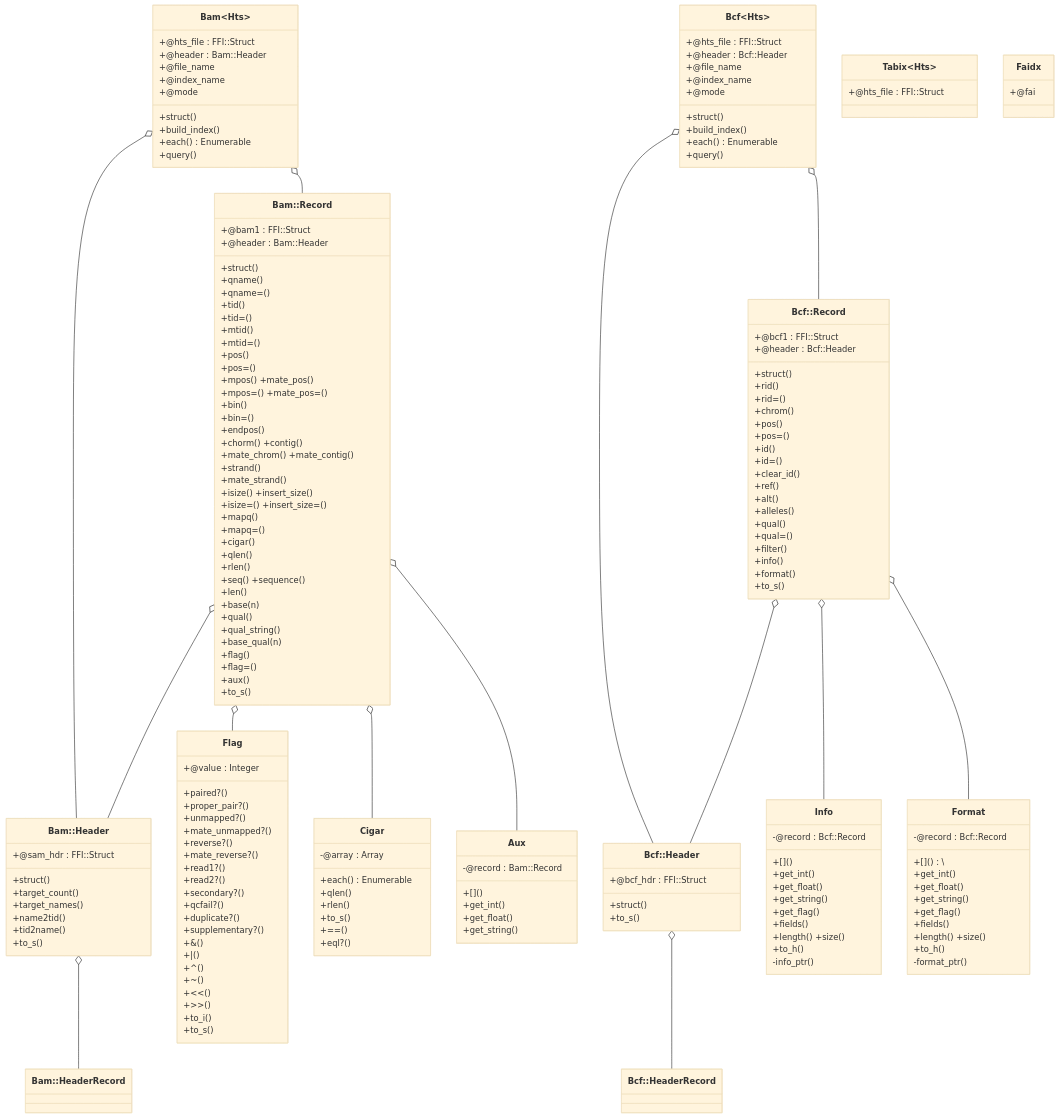
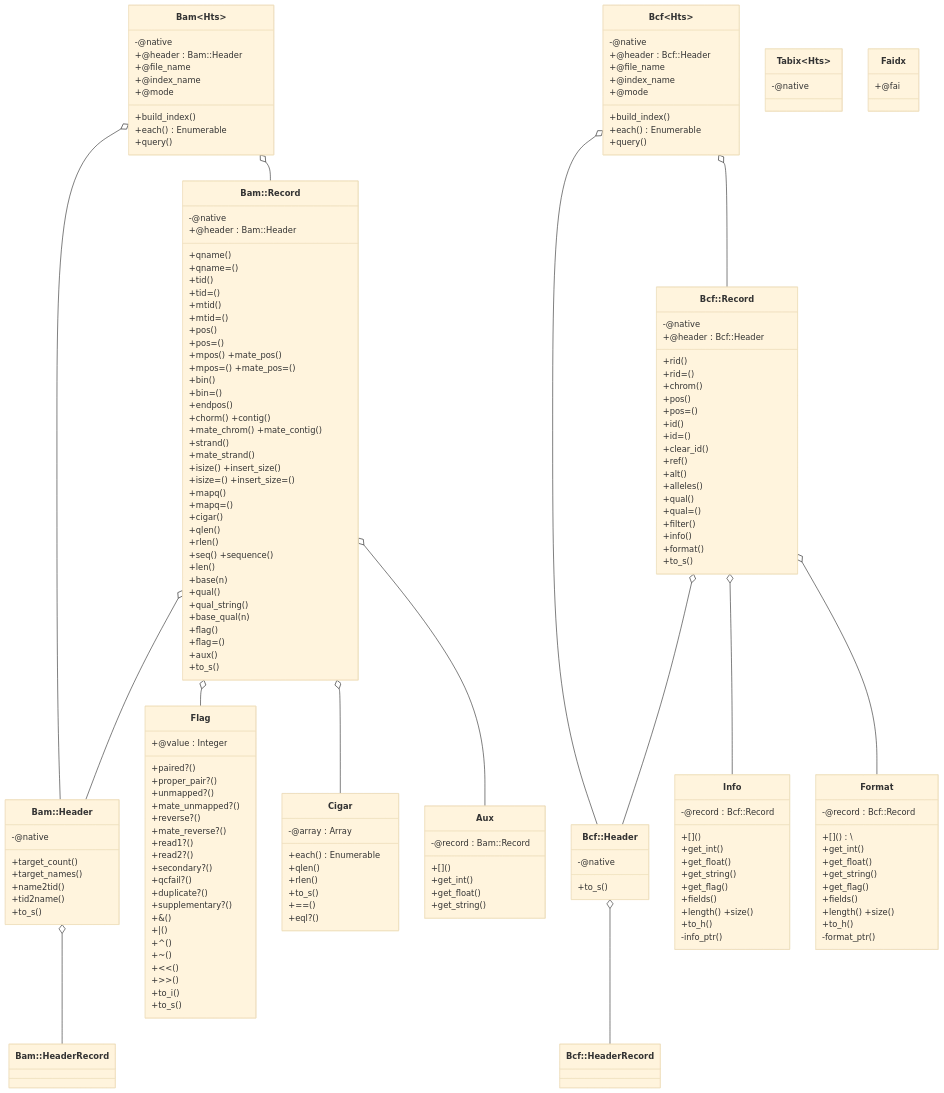
One commit to kojix2/ruby-htslib changed the diagram in TUTORIAL.md. Above: the diagram before and after it, drawn with Mermaid. The commit also changed other lines of this file and 67 other files, not shown here.

Commit message:
Migrating from Ruby-FFI to Native Extensions

```diff
--- a/TUTORIAL.md
+++ b/TUTORIAL.md
@@ -17,33 +17,30 @@
 `Bcf::Record` o-- Info
 `Bcf::Record` o-- Format
 class Bam{
-  +@hts_file : FFI::Struct
+  -@native
   +@header : Bam::Header
   +@file_name
   +@index_name
   +@mode
-  +struct()
   +build_index()
   +each() Enumerable
   +query()
 }
 class Bcf{
-  +@hts_file : FFI::Struct
+  -@native
   +@header : Bcf::Header
   +@file_name
   +@index_name
   +@mode
-  +struct()
   +build_index()
   +each() Enumerable
   +query()
 }
 class Tabix~Hts~{
-  +@hts_file : FFI::Struct
+  -@native
 }
 class `Bam::Header`{
-  +@sam_hdr : FFI::Struct
-  +struct()
+  -@native
   +target_count()
   +target_names()
   +name2tid()
@@ -51,9 +48,8 @@
   +to_s()
 }
 class `Bam::Record` {
-  +@bam1 : FFI::Struct
+  -@native
   +@header : Bam::Header
-  +struct()
   +qname()
   +qname=()
   +tid()
@@ -97,14 +93,12 @@
   +get_string()
 }
 class `Bcf::Header`{
-  +@bcf_hdr : FFI::Struct
-  +struct()
+  -@native
   +to_s()
 }
 class `Bcf::Record`{
-  +@bcf1 : FFI::Struct
+  -@native
   +@header : Bcf::Header
-  +struct()
   +rid()
   +rid=()
   +chrom()
```
